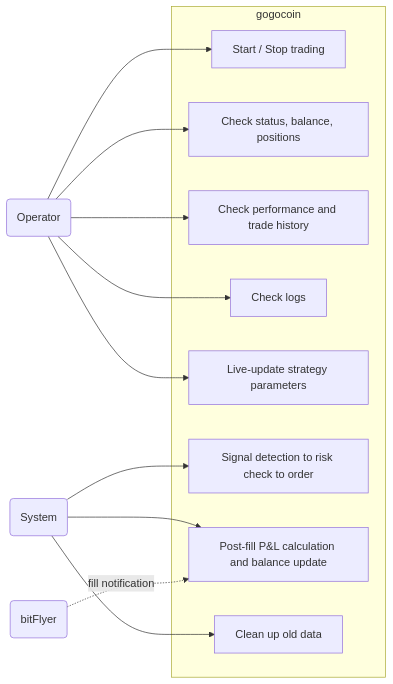
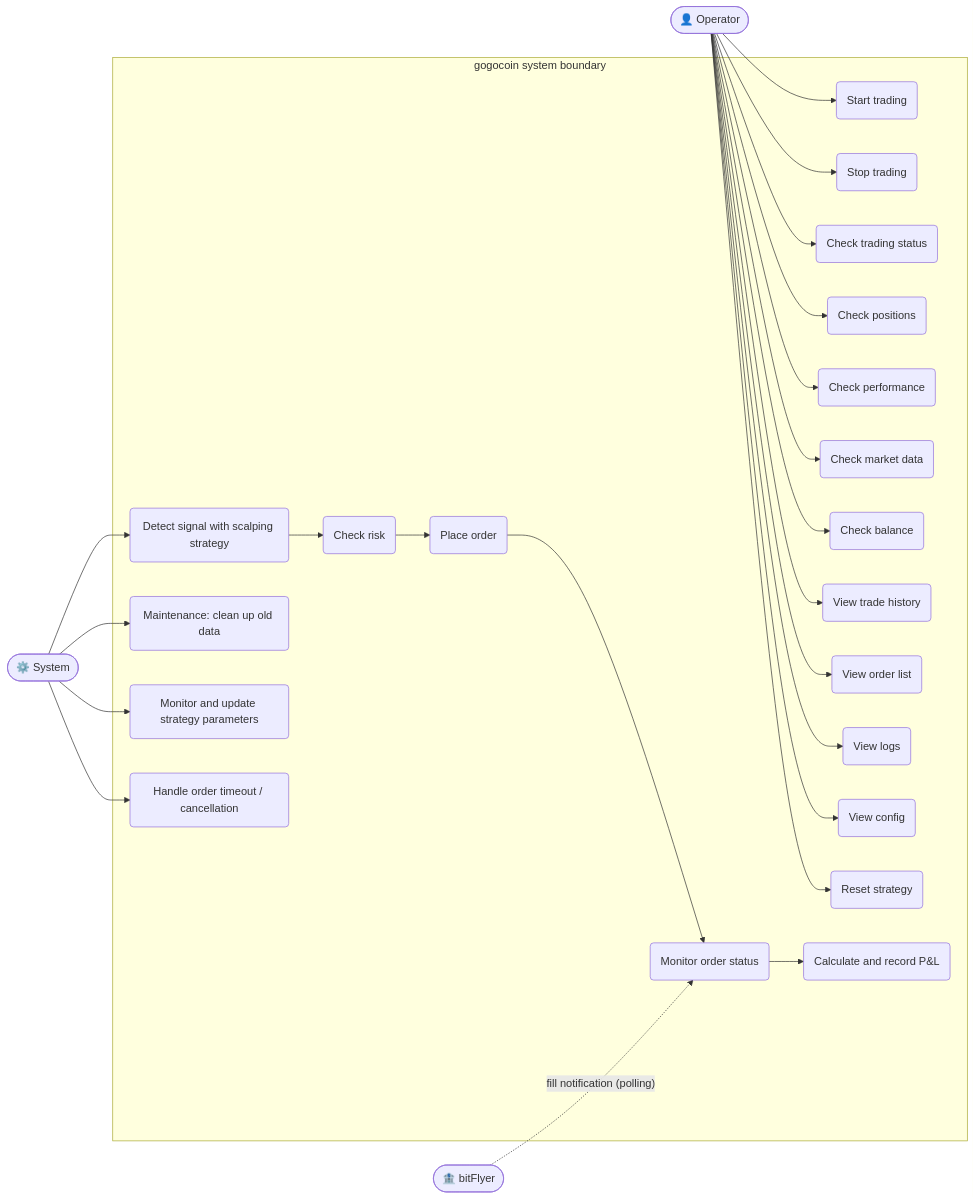
One commit to bmf-san/bmf-tech changed the fifth of 12 diagrams in content/en/posts/introducing-gogocoin.md. Above: the diagram before and after it, drawn with Mermaid. The commit also changed other lines of this file and 1 other file, not shown here.

Commit message:
feat: C4図・完全ユースケース図・全シーケンス図・完全ER図を追加 (en+ja)

````diff
--- a/content/en/posts/introducing-gogocoin.md
+++ b/content/en/posts/introducing-gogocoin.md
@@ -107,27 +194,51 @@
 ```mermaid
 graph LR
-    OP(Operator)
-    SYS(System)
-    BF(bitFlyer)
+    OP(["👤 Operator"])
+    BF(["🏦 bitFlyer"])
+    SYS(["⚙️ System"])
 
-    subgraph gogocoin
-        UC1[Start / Stop trading]
-        UC2[Check status, balance, positions]
-        UC3[Check performance and trade history]
-        UC4[Check logs]
-        UC5[Live-update strategy parameters]
-        UC6[Signal detection to risk check to order]
-        UC7[Post-fill P&L calculation and balance update]
-        UC8[Clean up old data]
+    subgraph sys["gogocoin system boundary"]
+        UC1(Start trading)
+        UC2(Stop trading)
+        UC3(Check trading status)
+        UC4(Check positions)
+        UC5(Check performance)
+        UC6(Check market data)
+        UC7(Check balance)
+        UC8(View trade history)
+        UC9(View order list)
+        UC10(View logs)
+        UC11(View config)
+        UC12(Reset strategy)
+        UC13(Detect signal with scalping strategy)
+        UC14(Check risk)
+        UC15(Place order)
+        UC16(Monitor order status)
+        UC17(Calculate and record P&L)
+        UC18(Maintenance: clean up old data)
+        UC19(Monitor and update strategy parameters)
+        UC20(Handle order timeout / cancellation)
     end
 
     OP --> UC1
     OP --> UC2
     OP --> UC3
     OP --> UC4
     OP --> UC5
-    SYS --> UC6
-    SYS --> UC7
-    SYS --> UC8
-    BF -.->|fill notification| UC7
+    OP --> UC6
+    OP --> UC7
+    OP --> UC8
+    OP --> UC9
+    OP --> UC10
+    OP --> UC11
+    OP --> UC12
+    UC13 --> UC14
+    UC14 --> UC15
+    UC15 --> UC16
+    UC16 --> UC17
+    BF -.->|"fill notification (polling)"| UC16
+    SYS --> UC13
+    SYS --> UC18
+    SYS --> UC19
+    SYS --> UC20
 ```
````
